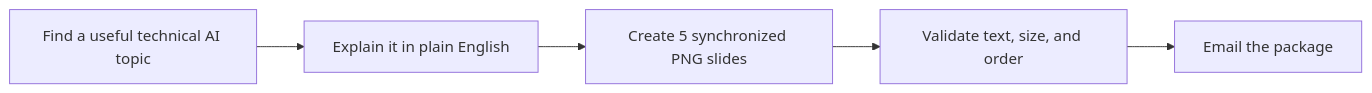
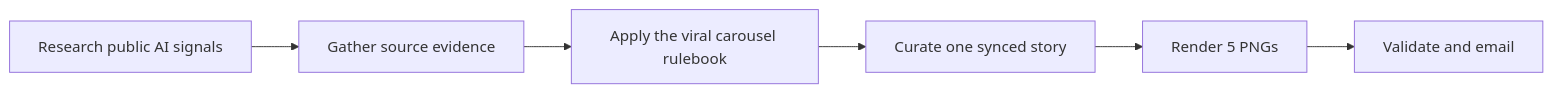
One commit to vipinvishal/Auto-carousel-agent changed the diagram in README.md. Above: the diagram before and after it, drawn with Mermaid. The commit also changed other lines of this file and 6 other files, not shown here.

Commit message:
feat: automate research-led carousel pipeline

````diff
--- a/README.md
+++ b/README.md
@@ -50,7 +50,8 @@
 ```mermaid
 flowchart LR
-    A[Find a useful technical AI topic] --> B[Explain it in plain English]
-    B --> C[Create 5 synchronized PNG slides]
-    C --> D[Validate text, size, and order]
-    D --> E[Email the package]
+    A[Research public AI signals] --> B[Gather source evidence]
+    B --> C[Apply the viral carousel rulebook]
+    C --> D[Curate one synced story]
+    D --> E[Render 5 PNGs]
+    E --> F[Validate and email]
 ```
````
